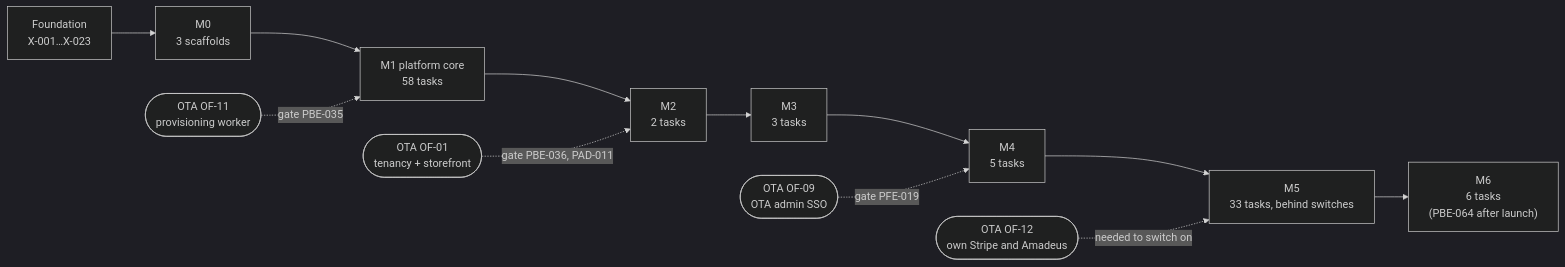
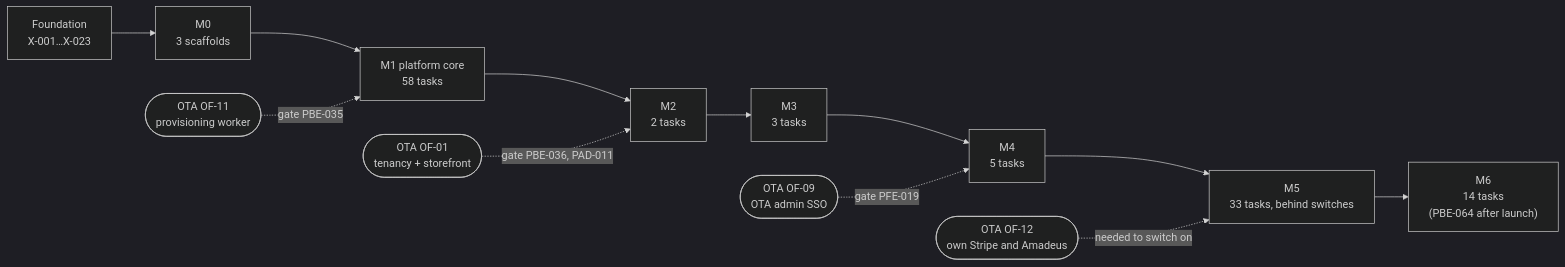
Before and after one commit to bhagwati-prasad/velexis-ota: the diagram in platform/docs/plans/implementation-plan.md, drawn with Mermaid (dark theme). The commit also changed other lines of this file and 7 other files, not shown here.

````diff
--- a/platform/docs/plans/implementation-plan.md
+++ b/platform/docs/plans/implementation-plan.md
@@ -57,14 +57,14 @@
 ```mermaid
 flowchart LR
   F["Foundation<br/>X-001…X-023"] --> M0["M0<br/>3 scaffolds"]
   M0 --> M1["M1 platform core<br/>58 tasks"]
   OF11(["OTA OF-11<br/>provisioning worker"]) -. gate PBE-035 .-> M1
   M1 --> M2["M2<br/>2 tasks"]
   OF01(["OTA OF-01<br/>tenancy + storefront"]) -. gate PBE-036, PAD-011 .-> M2
   M2 --> M3["M3<br/>3 tasks"]
   M3 --> M4["M4<br/>5 tasks"]
   OF09(["OTA OF-09<br/>OTA admin SSO"]) -. gate PFE-019 .-> M4
   M4 --> M5["M5<br/>33 tasks, behind switches"]
   OF12(["OTA OF-12<br/>own Stripe and Amadeus"]) -. needed to switch on .-> M5
-  M5 --> M6["M6<br/>6 tasks<br/>(PBE-064 after launch)"]
+  M5 --> M6["M6<br/>14 tasks<br/>(PBE-064 after launch)"]
 ```
````
